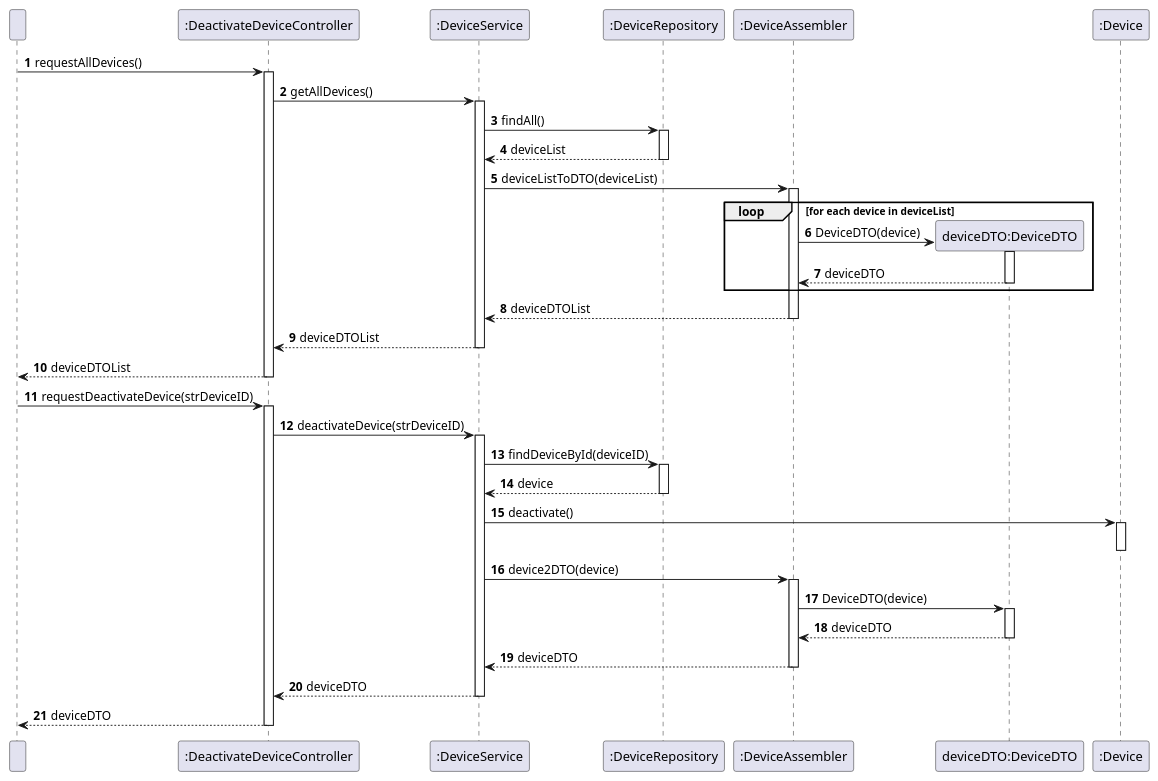
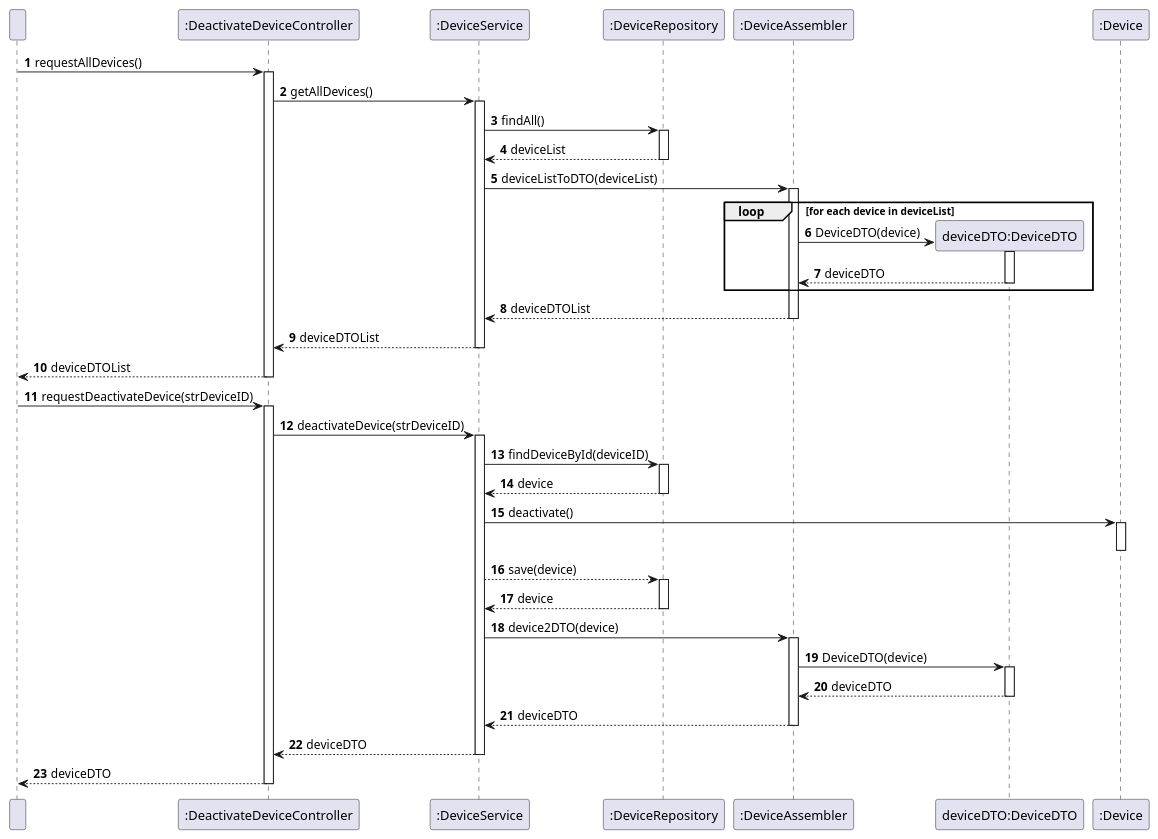
Before and after one commit to olivDiogo/SmartHome: the diagram in docs/ood/sequenceDiagram/US08DeactivateDevice.puml, drawn with PlantUML.

Commit message:
Update: add save method US08 SD, closes #110

```diff
--- a/docs/ood/sequenceDiagram/US08DeactivateDevice.puml
+++ b/docs/ood/sequenceDiagram/US08DeactivateDevice.puml
@@ -1,81 +1,81 @@
 @startuml
 'https://plantuml.com/sequence-diagram
 
 autonumber
 
     participant " " as User
     participant ":DeactivateDeviceController" as Controller
     participant ":DeviceService" as Service
     participant ":DeviceRepository" as Repository
     participant ":DeviceAssembler" as Assembler
     participant "deviceDTO:DeviceDTO" as DTO
     participant ":Device" as Device
 
 ' Request all devices
 
     User -> Controller: requestAllDevices()
     activate Controller
     Controller -> Service: getAllDevices()
     activate Service
     Service -> Repository: findAll()
     activate Repository
     Repository --> Service: deviceList
     deactivate Repository
 
     Service -> Assembler: deviceListToDTO(deviceList)
     activate Assembler
     loop for each device in deviceList
         create DTO
         Assembler -> DTO: DeviceDTO(device)
         activate DTO
         DTO --> Assembler: deviceDTO
         deactivate DTO
     end
     Assembler --> Service: deviceDTOList
     deactivate Assembler
 
     Service --> Controller: deviceDTOList
     deactivate Service
     Controller --> User: deviceDTOList
     deactivate Controller
 
 ' Deactivate device
 
     User -> Controller: requestDeactivateDevice(strDeviceID)
     activate Controller
     Controller -> Service: deactivateDevice(strDeviceID)
     activate Service
     Service -> Repository: findDeviceById(deviceID)
     activate Repository
     Repository --> Service: device
     deactivate Repository
 
    Service -> Device: deactivate()
    activate Device
    ' The deactivate() method internally updates the Device's status to inactive.
    ' This is an internal detail, so the creation/modification of the status value object is not explicitly represented.
    deactivate Device
 
-   /'Service --> Repository: save(device)
+   Service --> Repository: save(device)
    ' Updated to save the whole device, reflecting the change in status.
    activate Repository
    Repository --> Service: device
    ' The Repository confirms the save operation, potentially returning a status or acknowledgment.
-   deactivate Repository'/
+   deactivate Repository
 
 
     Service -> Assembler: device2DTO(device)
     activate Assembler
     Assembler -> DTO: DeviceDTO(device)
     activate DTO
     DTO --> Assembler: deviceDTO
     deactivate DTO
     Assembler --> Service: deviceDTO
     deactivate Assembler
 
     Service --> Controller: deviceDTO
     deactivate Service
     Controller --> User: deviceDTO
     deactivate Controller
 
 @enduml
```
